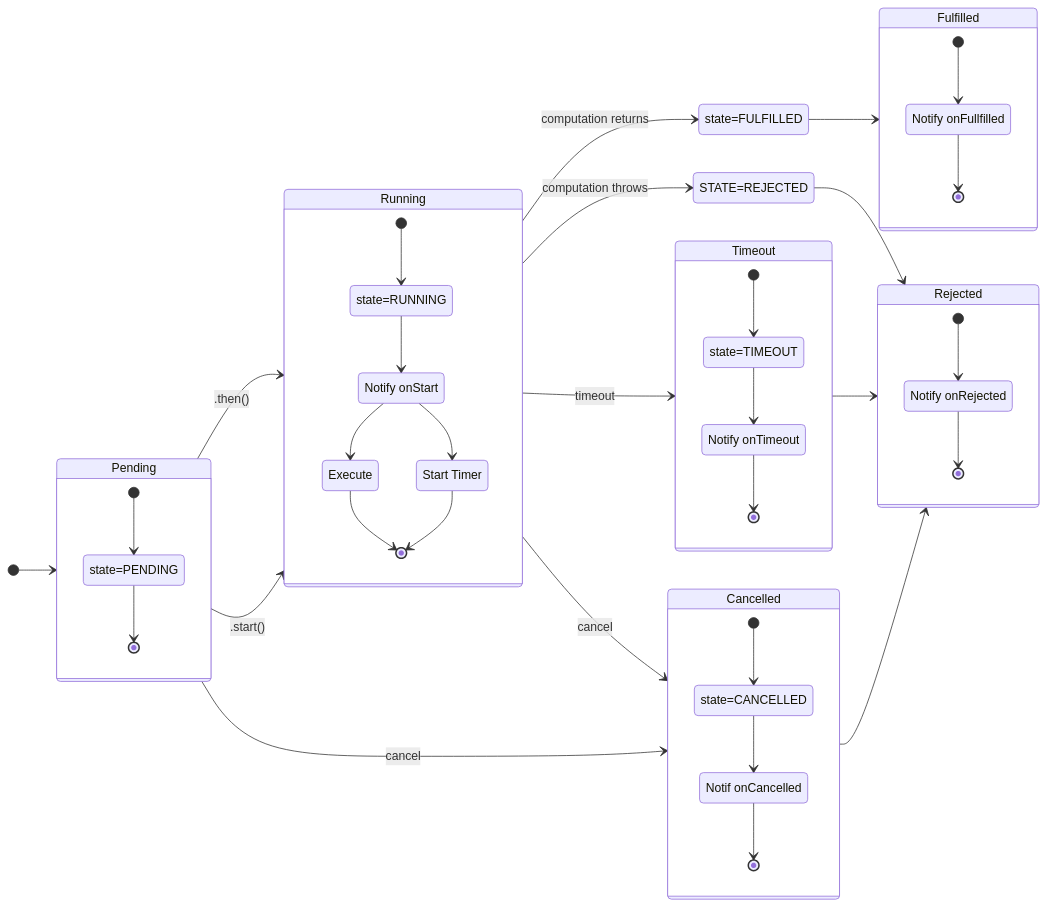
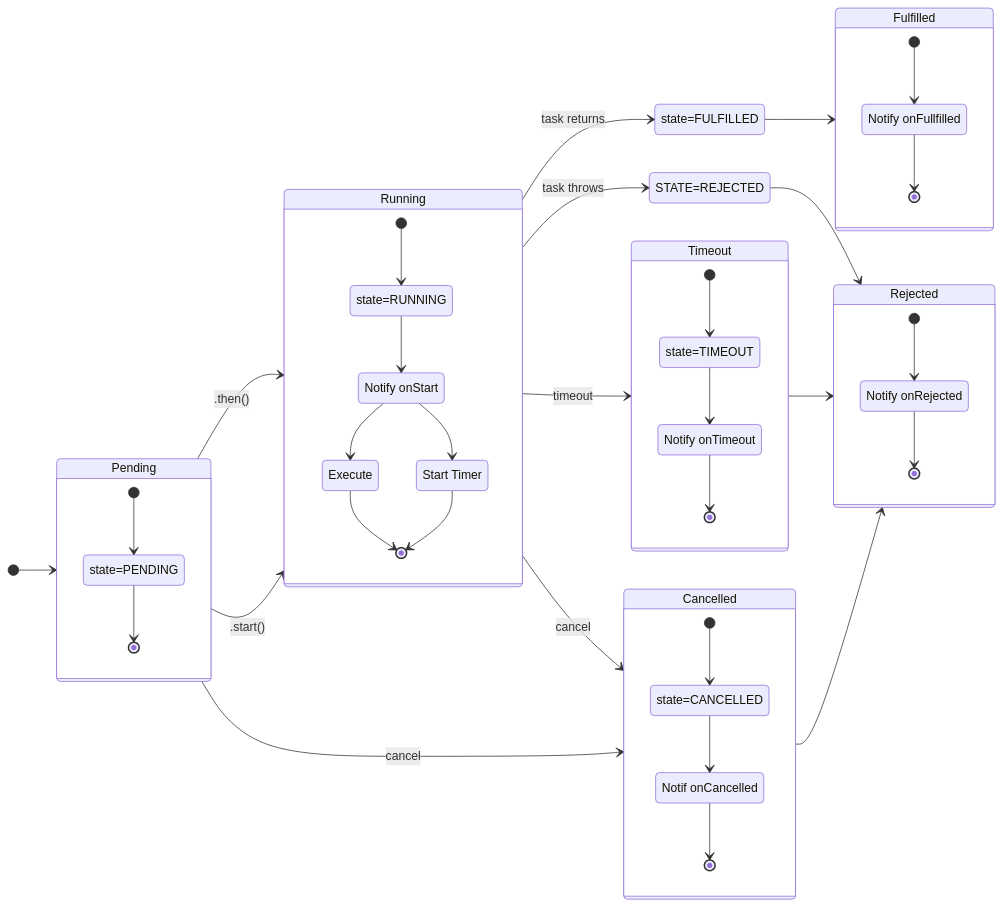
Before and after one commit to BobKerns/better-future: the diagram in src/images/timeout.mmd, drawn with Mermaid. The commit also changed 18 other files, not shown here.

Commit message:
Massive rename: computation -> task.

```diff
--- a/src/images/timeout.mmd
+++ b/src/images/timeout.mmd
@@ -1,56 +1,56 @@
 stateDiagram-v2
     direction LR
     [*] --> Pending
     Pending --> Running : .then()
     Pending --> Running : .start()
-    Running --> state=FULFILLED : computation returns
+    Running --> state=FULFILLED : task returns
     state=FULFILLED --> Fulfilled
-    Running --> STATE=REJECTED : computation throws
+    Running --> STATE=REJECTED : task throws
     STATE=REJECTED --> Rejected
     Running --> Timeout : timeout
     Timeout --> Rejected
     Pending --> Cancelled : cancel
     Running --> Cancelled : cancel
     Cancelled --> Rejected
 
     state Pending {
       [*] --> state=PENDING
       state=PENDING --> [*]
     }
 
     state Running {
       [*] --> state=RUNNING
       state=RUNNING --> NotifyStarted
       NotifyStarted --> Timer
       NotifyStarted --> Execute
       Execute --> [*]
       Timer --> [*]
       Timer : Start Timer
       NotifyStarted : Notify onStart
     }
 
     state Fulfilled {
       [*] --> NotifyFulfilled
       NotifyFulfilled --> [*]
       NotifyFulfilled : Notify onFullfilled
     }
 
     state Rejected {
       [*] --> NotifyRejected
       NotifyRejected --> [*]
       NotifyRejected : Notify onRejected
     }
 
     state Timeout {
       [*] --> state=TIMEOUT
       state=TIMEOUT --> NotifyTimeout
       NotifyTimeout --> [*]
       NotifyTimeout : Notify onTimeout
     }
 
     state Cancelled {
       [*] --> state=CANCELLED
       state=CANCELLED --> NotifyCancelled
       NotifyCancelled --> [*]
       NotifyCancelled: Notif onCancelled
     }
```
